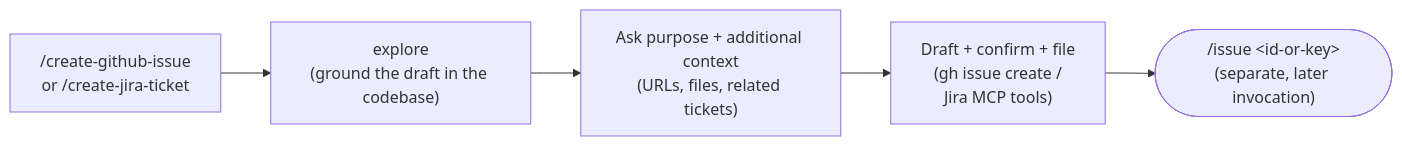
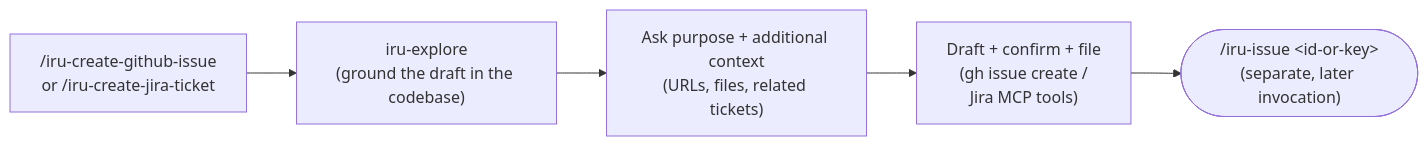
Before and after one commit to albertoirurueta/ai-catalog: the third of 7 diagrams in docs/modules/ROOT/pages/index.adoc, drawn with Mermaid. The commit also changed other lines of this file and 174 other files, not shown here.

```diff
--- a/docs/modules/ROOT/pages/index.adoc
+++ b/docs/modules/ROOT/pages/index.adoc
@@ -789,8 +794,8 @@
 [mermaid]
 ....
 flowchart LR
-    A["/create-github-issue\nor /create-jira-ticket"] --> B["explore\n(ground the draft in the codebase)"]
+    A["/iru-create-github-issue\nor /iru-create-jira-ticket"] --> B["iru-explore\n(ground the draft in the codebase)"]
     B --> C["Ask purpose + additional context\n(URLs, files, related tickets)"]
     C --> D["Draft + confirm + file\n(gh issue create /\nJira MCP tools)"]
-    D --> E(["/issue &lt;id-or-key&gt;\n(separate, later invocation)"])
+    D --> E(["/iru-issue &lt;id-or-key&gt;\n(separate, later invocation)"])
 ....
```
